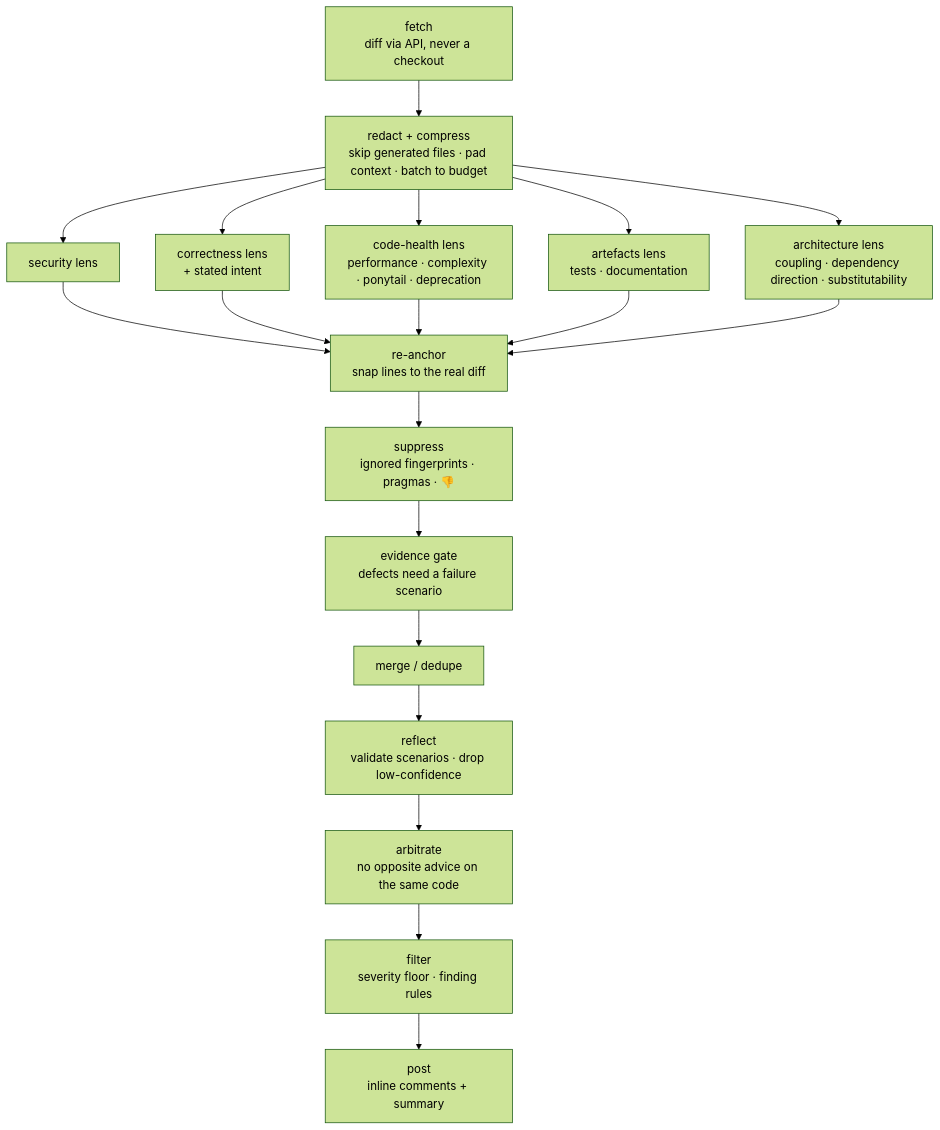
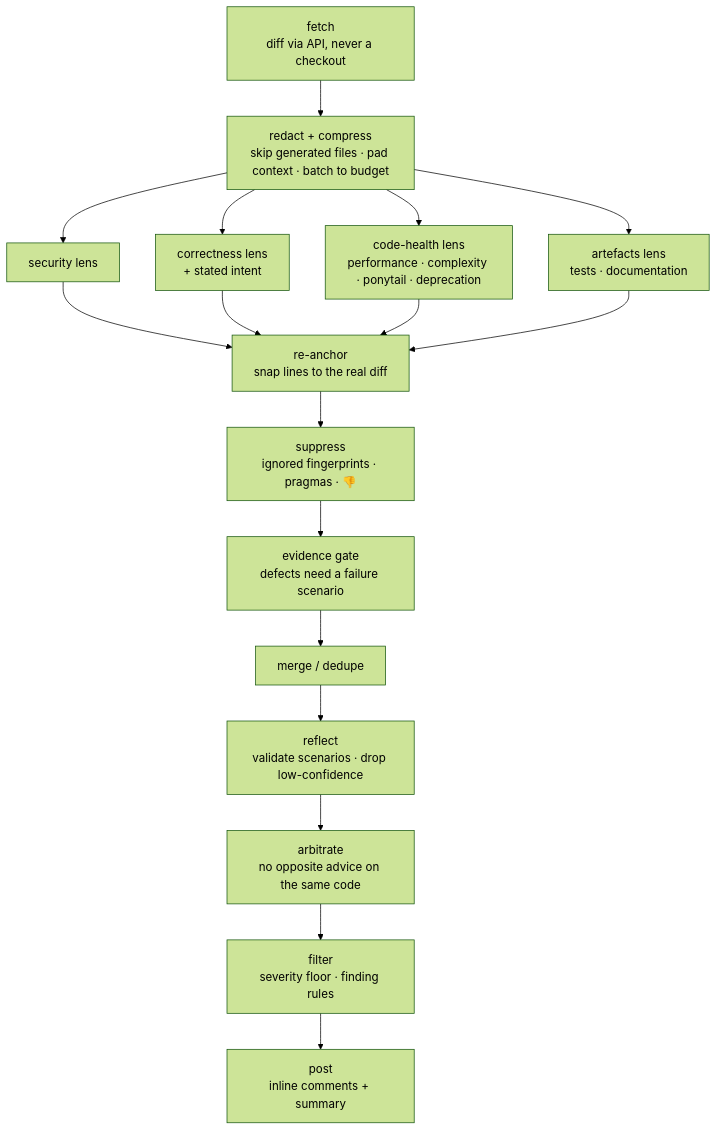
One commit to MattJColes/lgtmaybe changed the second of 2 diagrams in docs/explanation/architecture.md. Above: the diagram before and after it, drawn with Mermaid (forest theme). The commit also changed other lines of this file and 65 other files, not shown here.

First line of the commit message:
feat(engine)!: remove the architecture lens and make silence the expected review outcome (#877)

````diff
--- a/docs/explanation/architecture.md
+++ b/docs/explanation/architecture.md
@@ -197,15 +197,13 @@
 ```mermaid
 flowchart TD
     fetch["fetch<br/>diff via API, never a checkout"] --> compress["redact + compress<br/>skip generated files · pad context · batch to budget"]
     compress --> security["security lens"]
     compress --> correctness["correctness lens<br/>+ stated intent"]
     compress --> codehealth["code-health lens<br/>performance · complexity · ponytail · deprecation"]
     compress --> artefacts["artefacts lens<br/>tests · documentation"]
-    compress --> design["architecture lens<br/>coupling · dependency direction · substitutability"]
     security --> anchor["re-anchor<br/>snap lines to the real diff"]
     correctness --> anchor
     codehealth --> anchor
     artefacts --> anchor
-    design --> anchor
     anchor --> suppress["suppress<br/>ignored fingerprints · pragmas · 👎"] --> evidence["evidence gate<br/>defects need a failure scenario"] --> dedupe["merge / dedupe"] --> reflect["reflect<br/>validate scenarios · drop low-confidence"] --> arbitrate["arbitrate<br/>no opposite advice on the same code"] --> filter["filter<br/>severity floor · finding rules"] --> post["post<br/>inline comments + summary"]
 ```
````
